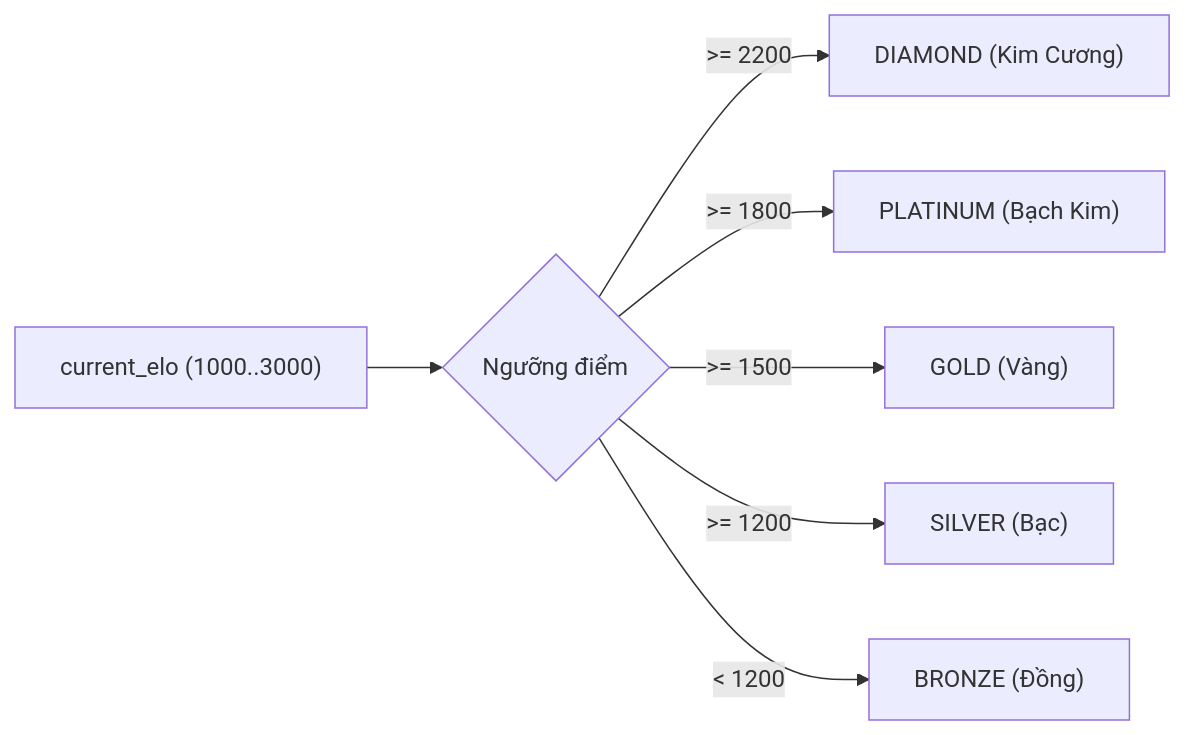
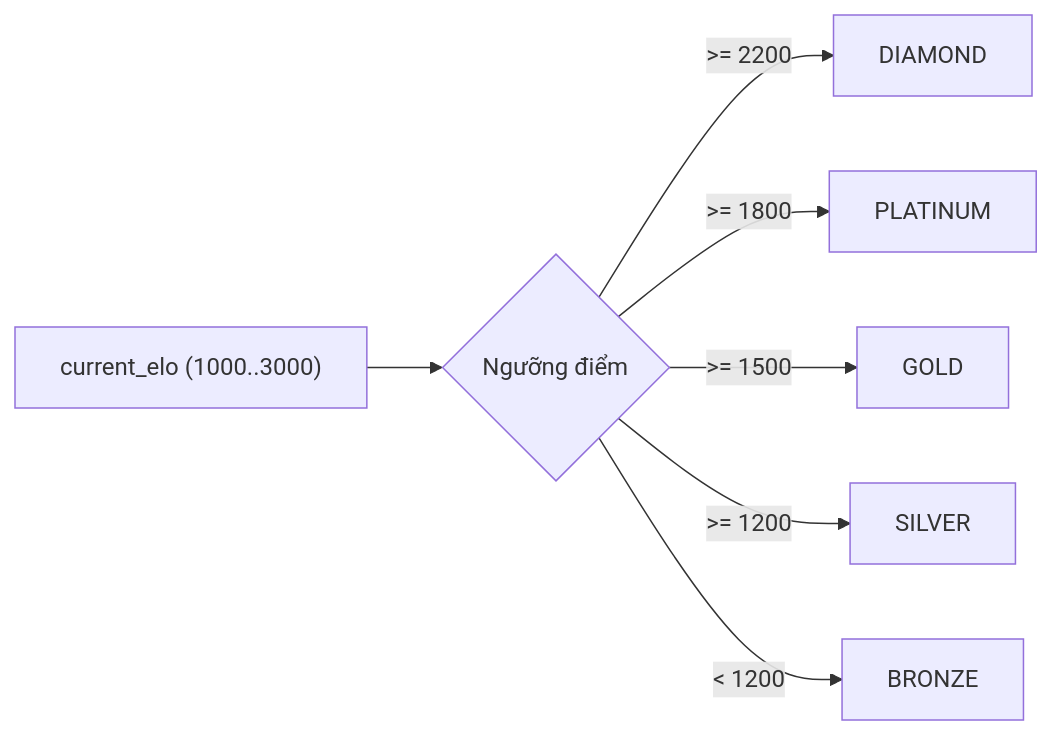
One commit to viethung213/gym-companion changed the third of 7 diagrams in internal/gamification/docs/features/elo-and-rank-tiers/02-design.md. Above: the diagram before and after it, drawn with Mermaid. The commit also changed other lines of this file and 3 other files, not shown here.

````diff
--- a/internal/gamification/docs/features/elo-and-rank-tiers/02-design.md
+++ b/internal/gamification/docs/features/elo-and-rank-tiers/02-design.md
@@ -238,9 +225,9 @@
 ```mermaid
 flowchart LR
     Score["current_elo (1000..3000)"] --> Decision{"Ngưỡng điểm"}
-    Decision -->|">= 2200"| D["DIAMOND (Kim Cương)"]
-    Decision -->|">= 1800"| P["PLATINUM (Bạch Kim)"]
-    Decision -->|">= 1500"| G["GOLD (Vàng)"]
-    Decision -->|">= 1200"| S["SILVER (Bạc)"]
-    Decision -->|"< 1200"| B["BRONZE (Đồng)"]
+    Decision -->|">= 2200"| D["DIAMOND"]
+    Decision -->|">= 1800"| P["PLATINUM"]
+    Decision -->|">= 1500"| G["GOLD"]
+    Decision -->|">= 1200"| S["SILVER"]
+    Decision -->|"< 1200"| B["BRONZE"]
 ```
````
